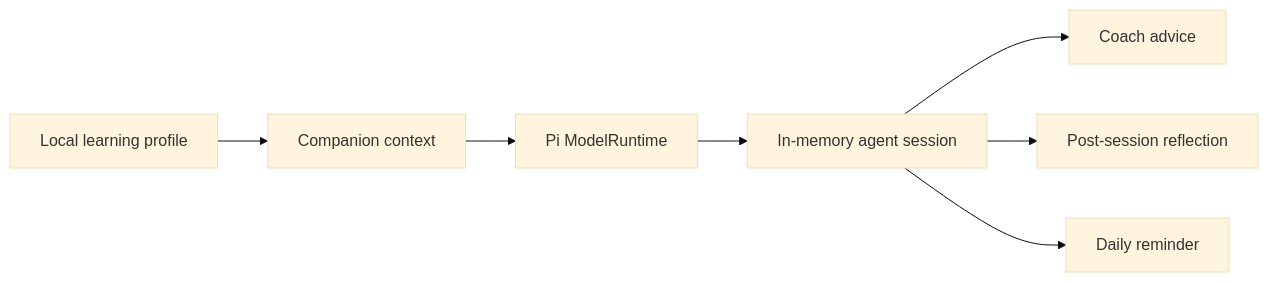
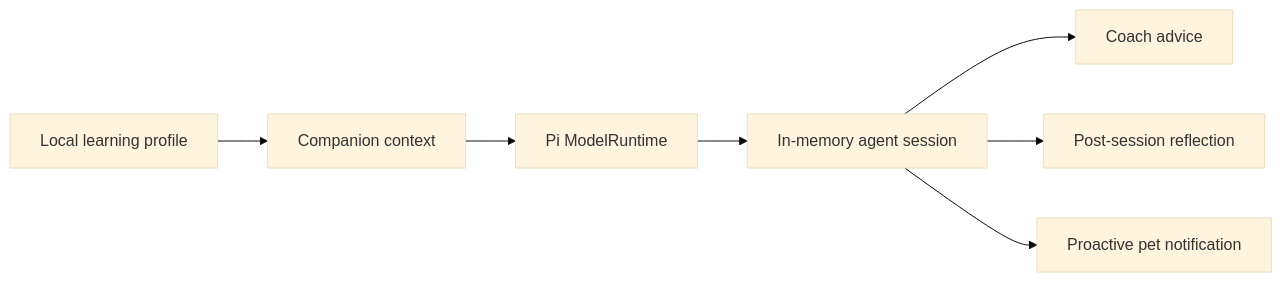
The diagram in README.md (Pan-Binghong/PanWithU), drawn with Mermaid (base theme) before and after one commit. The commit also changed other lines of this file and 3 other files, not shown here.

````diff
--- a/README.md
+++ b/README.md
@@ -61,9 +63,9 @@
 ```mermaid
 flowchart LR
   A["Local learning profile"] --> B["Companion context"]
   B --> C["Pi ModelRuntime"]
   C --> D["In-memory agent session"]
   D --> E["Coach advice"]
   D --> F["Post-session reflection"]
-  D --> G["Daily reminder"]
+  D --> G["Proactive pet notification"]
 ```
````
